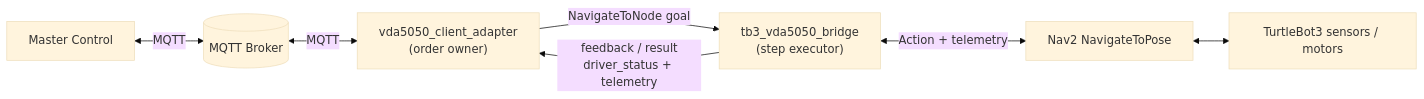
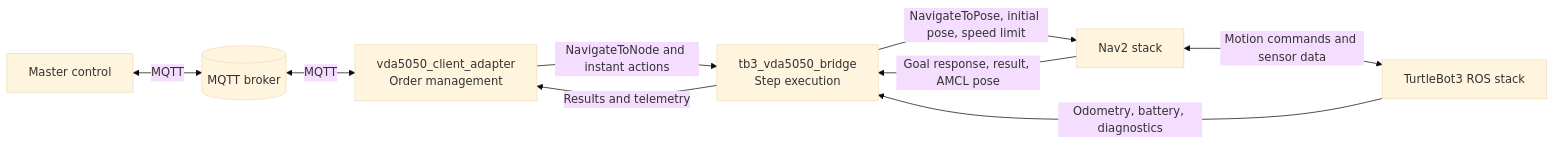
The first of 2 diagrams in tb3_vda5050_bridge/docs/architecture.md (NhatTran-97/eiu-vda5050-support-open-rmf), drawn with Mermaid (base theme) before and after one commit. The commit also changed other lines of this file and 10 other files, not shown here.

First line of the commit message:
feat(tb3_vda5050_bridge): add charging support and update documentation

````diff
--- a/tb3_vda5050_bridge/docs/architecture.md
+++ b/tb3_vda5050_bridge/docs/architecture.md
@@ -17,16 +11,18 @@
 ```mermaid
 flowchart LR
-    MC["Master Control"]
-    Broker[("MQTT Broker")]
-    Adapter["vda5050_client_adapter\n(order owner)"]
-    Bridge["tb3_vda5050_bridge\n(step executor)"]
-    Nav2["Nav2 NavigateToPose"]
-    TB3["TurtleBot3 sensors / motors"]
+    MC["Master control"]
+    Broker[("MQTT broker")]
+    Adapter["vda5050_client_adapter<br/>Order management"]
+    Bridge["tb3_vda5050_bridge<br/>Step execution"]
+    Nav2["Nav2 stack"]
+    Robot["TurtleBot3 ROS stack"]
 
     MC <-->|MQTT| Broker
     Broker <-->|MQTT| Adapter
-    Adapter -->|NavigateToNode goal| Bridge
-    Bridge -->|feedback / result\ndriver_status + telemetry| Adapter
-    Bridge <-->|Action + telemetry| Nav2
-    Nav2 <--> TB3
+    Adapter -->|NavigateToNode and instant actions| Bridge
+    Bridge -->|Results and telemetry| Adapter
+    Bridge -->|NavigateToPose, initial pose, speed limit| Nav2
+    Nav2 -->|Goal response, result, AMCL pose| Bridge
+    Robot -->|Odometry, battery, diagnostics| Bridge
+    Nav2 <-->|Motion commands and sensor data| Robot
 ```
````
